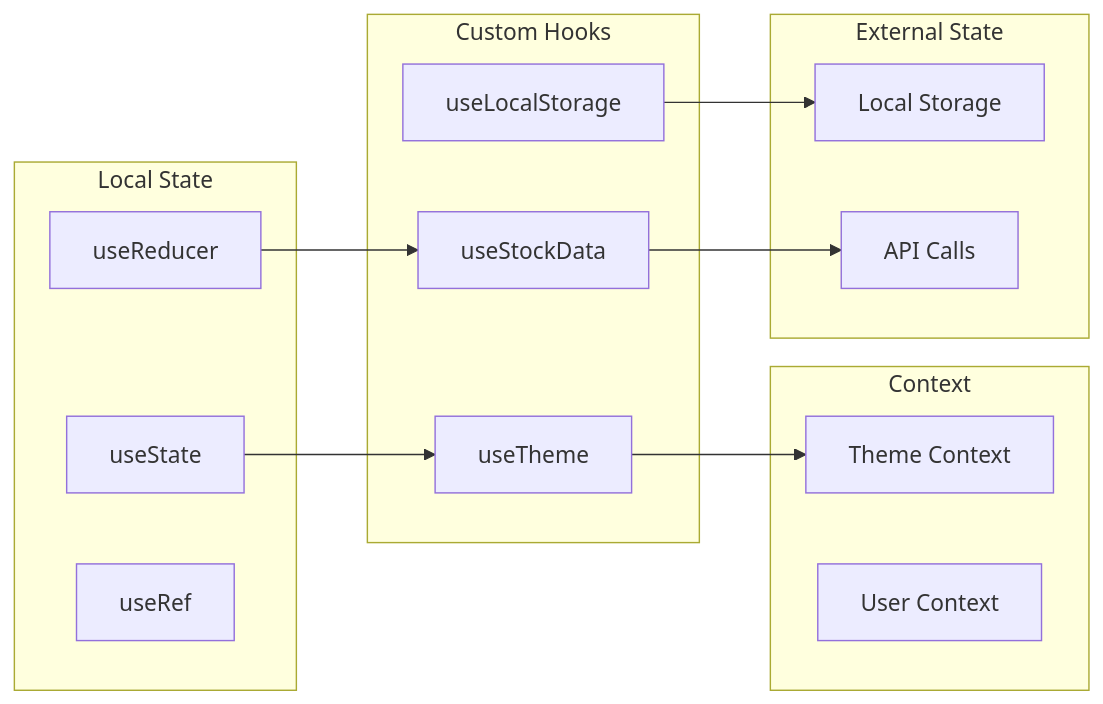
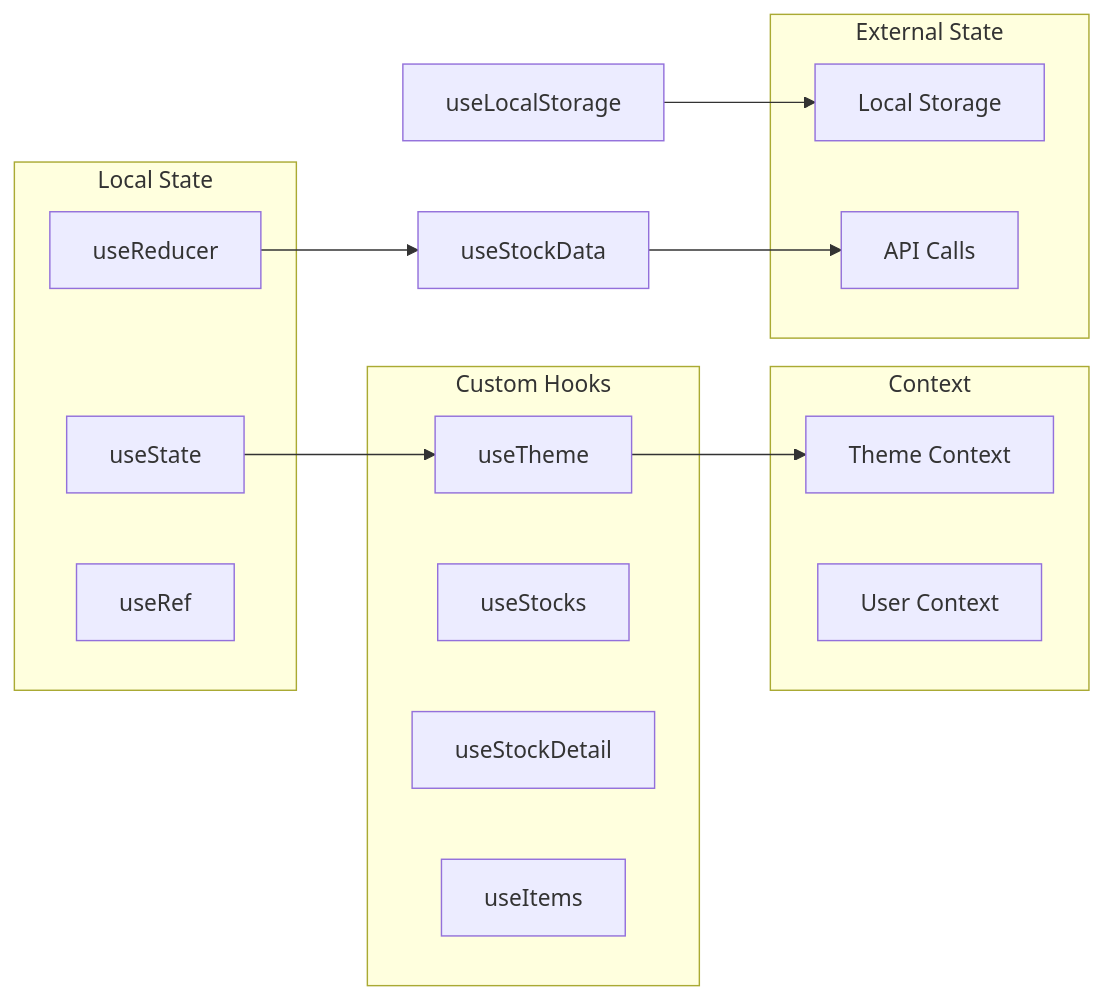
The fourth of 6 diagrams in documentation/V2/ARCHITECTURE.md (SandrineCipolla/stockHub_V2_front), drawn with Mermaid before and after one commit. The commit also changed other lines of this file and 10 other files, not shown here.

First line of the commit message:
feat(items): paginated table with filter chips, ItemFormModal, and UpdateItemData extension (#113)

````diff
--- a/documentation/V2/ARCHITECTURE.md
+++ b/documentation/V2/ARCHITECTURE.md
@@ -207,30 +221,31 @@
 ```mermaid
 graph LR
     subgraph "Local State"
         useState[useState]
         useReducer[useReducer]
         useRef[useRef]
     end
-    
+
     subgraph "Custom Hooks"
         useTheme[useTheme]
-        useStockData[useStockData]
-        useLocalStorage[useLocalStorage]
+        useStocks[useStocks]
+        useStockDetail[useStockDetail]
+        useItems[useItems]
     end
-    
+
     subgraph "Context"
         ThemeContext[Theme Context]
         UserContext[User Context]
     end
-    
+
     subgraph "External State"
         LocalStorage[Local Storage]
         API[API Calls]
     end
-    
+
     useState --> useTheme
     useReducer --> useStockData
     useTheme --> ThemeContext
     useLocalStorage --> LocalStorage
     useStockData --> API
 ```
````
